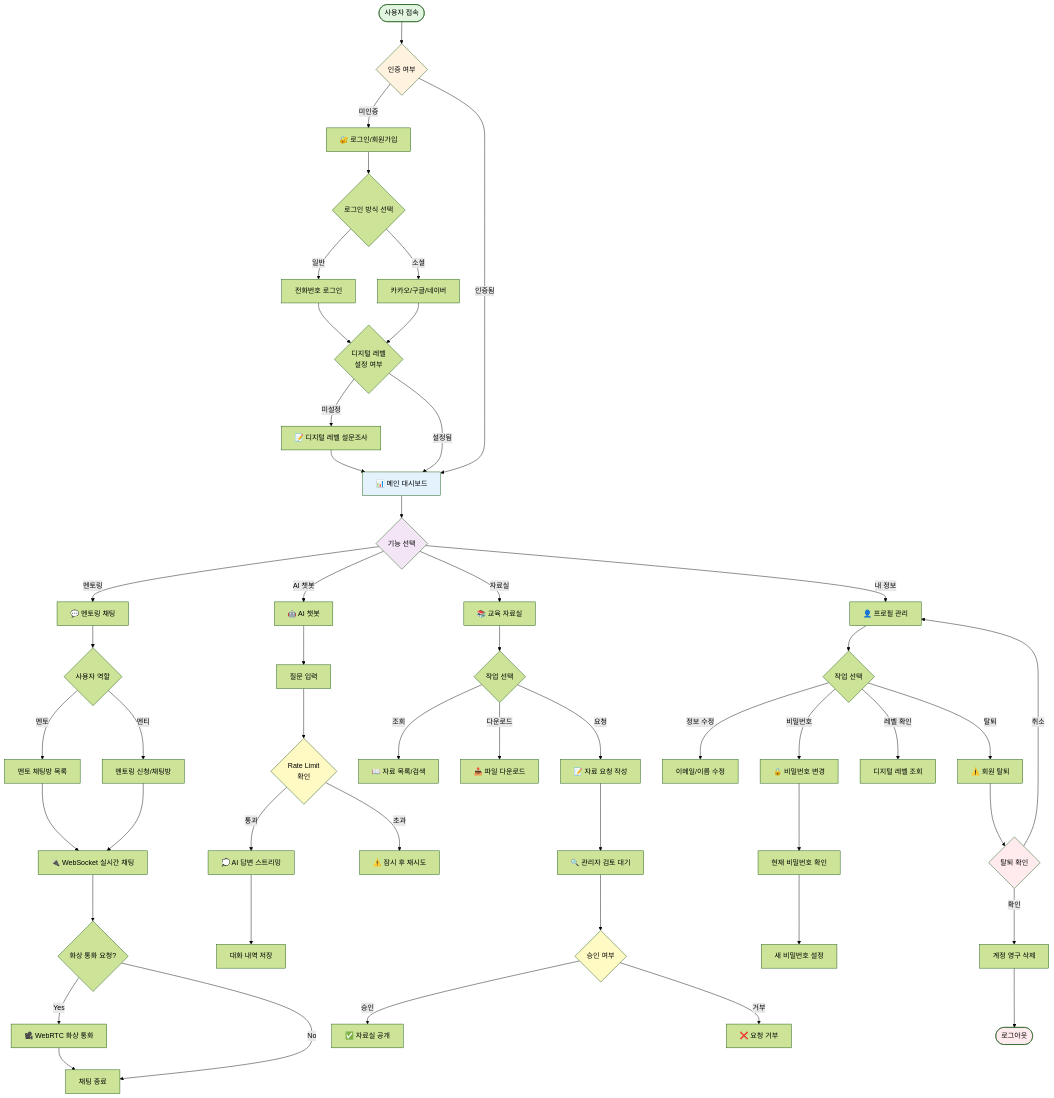
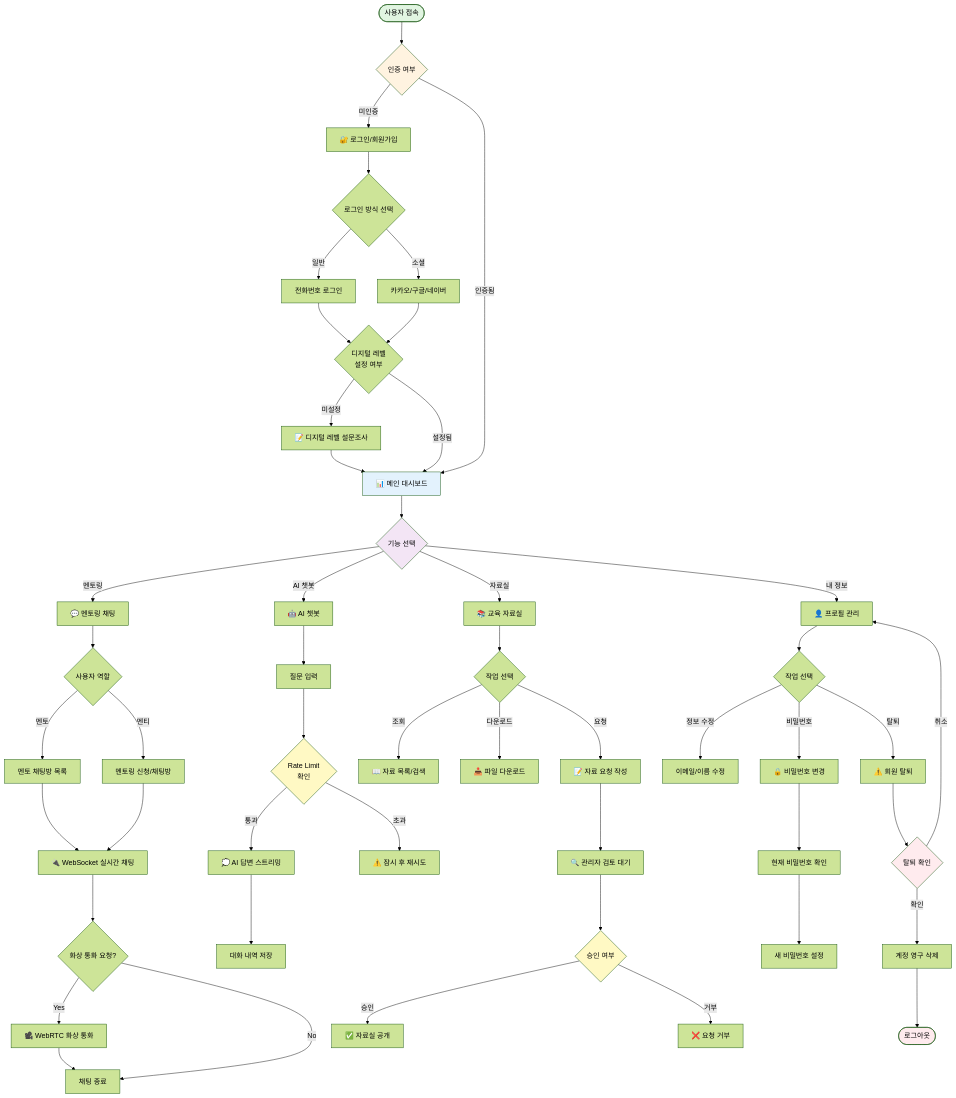
Before and after one commit to prgrms-web-devcourse-final-project/WEB6_8_MOCI_BE: the second of 6 diagrams in README.md, drawn with Mermaid (forest theme). The commit also changed other lines of this file, not shown here.

````diff
--- a/README.md
+++ b/README.md
@@ -360,74 +359,73 @@
 ```mermaid
 flowchart TD
     Start([사용자 접속]) --> Auth{인증 여부}
     
     Auth -->|미인증| Login[🔐 로그인/회원가입]
     Login --> LoginType{로그인 방식 선택}
     LoginType -->|일반| PhoneLogin[전화번호 로그인]
     LoginType -->|소셜| SocialLogin[카카오/구글/네이버]
     PhoneLogin --> CheckLevel{디지털 레벨<br/>설정 여부}
     SocialLogin --> CheckLevel
     
     CheckLevel -->|미설정| Survey[📝 디지털 레벨 설문조사]
     Survey --> Main
     CheckLevel -->|설정됨| Main[📊 메인 대시보드]
     
     Auth -->|인증됨| Main
     
     Main --> Feature{기능 선택}
     
     Feature -->|멘토링| Mentoring[💬 멘토링 채팅]
     Feature -->|AI 챗봇| AIChatbot[🤖 AI 챗봇]
     Feature -->|자료실| Archive[📚 교육 자료실]
     Feature -->|내 정보| Profile[👤 프로필 관리]
     
     %% 멘토링 채팅 플로우
     Mentoring --> MentorMatch{사용자 역할}
     MentorMatch -->|멘토| MentorRoom[멘토 채팅방 목록]
     MentorMatch -->|멘티| MenteeRoom[멘토링 신청/채팅방]
     MentorRoom --> ChatWS[🔌 WebSocket 실시간 채팅]
     MenteeRoom --> ChatWS
     ChatWS --> VideoCall{화상 통화 요청?}
     VideoCall -->|Yes| WebRTC[🎥 WebRTC 화상 통화]
     VideoCall -->|No| ChatEnd[채팅 종료]
     WebRTC --> ChatEnd
     
     %% AI 챗봇 플로우
     AIChatbot --> AIQuestion[질문 입력]
     AIQuestion --> RateLimit{Rate Limit<br/>확인}
     RateLimit -->|통과| AIResponse[💭 AI 답변 스트리밍]
     RateLimit -->|초과| AIError[⚠️ 잠시 후 재시도]
     AIResponse --> SaveChat[대화 내역 저장]
     
     %% 교육 자료실 플로우
     Archive --> ArchiveType{작업 선택}
     ArchiveType -->|조회| ViewArchive[📖 자료 목록/검색]
     ArchiveType -->|다운로드| DownloadFile[📥 파일 다운로드]
     ArchiveType -->|요청| RequestArchive[📝 자료 요청 작성]
     RequestArchive --> AdminReview[🔍 관리자 검토 대기]
     AdminReview --> AdminApproval{승인 여부}
     AdminApproval -->|승인| Published[✅ 자료실 공개]
     AdminApproval -->|거부| Rejected[❌ 요청 거부]
     
     %% 프로필 관리 플로우
     Profile --> ProfileAction{작업 선택}
     ProfileAction -->|정보 수정| UpdateInfo[이메일/이름 수정]
     ProfileAction -->|비밀번호| ChangePwd[🔒 비밀번호 변경]
-    ProfileAction -->|레벨 확인| ViewLevel[디지털 레벨 조회]
     ProfileAction -->|탈퇴| Withdraw[⚠️ 회원 탈퇴]
     ChangePwd --> VerifyPwd[현재 비밀번호 확인]
     VerifyPwd --> UpdatePwd[새 비밀번호 설정]
     Withdraw --> ConfirmWithdraw{탈퇴 확인}
     ConfirmWithdraw -->|확인| DeleteAccount[계정 영구 삭제]
     ConfirmWithdraw -->|취소| Profile
     DeleteAccount --> Logout([로그아웃])
     
     style Start fill:#e1f5e1
     style Main fill:#e3f2fd
     style Logout fill:#ffebee
     style Auth fill:#fff3e0
     style Feature fill:#f3e5f5
     style AdminApproval fill:#fff9c4
     style RateLimit fill:#fff9c4
     style ConfirmWithdraw fill:#ffebee
 ```
````
